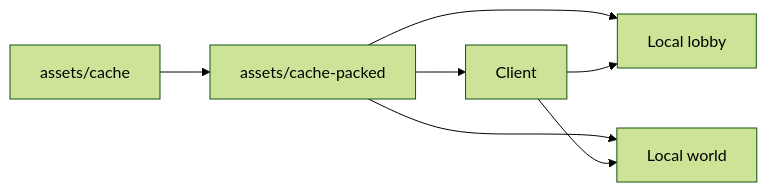
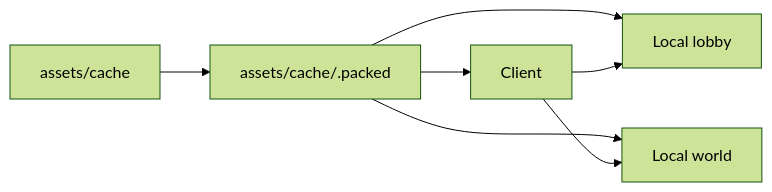
One commit to Dev-Maker-Studio/Open-Runescape changed the second of 4 diagrams in src/HARNESS.md. Above: the diagram before and after it, drawn with Mermaid (forest theme). The commit also changed other lines of this file and 1740 other files, not shown here.

````diff
--- a/src/HARNESS.md
+++ b/src/HARNESS.md
@@ -36,9 +36,9 @@
 ```mermaid
 flowchart LR
-  U[assets/cache] --> P[assets/cache-packed]
+  U[assets/cache] --> P[assets/cache/.packed]
   P --> C[Client]
   P --> L[Local lobby]
   P --> W[Local world]
   C --> L
   C --> W
 ```
````
